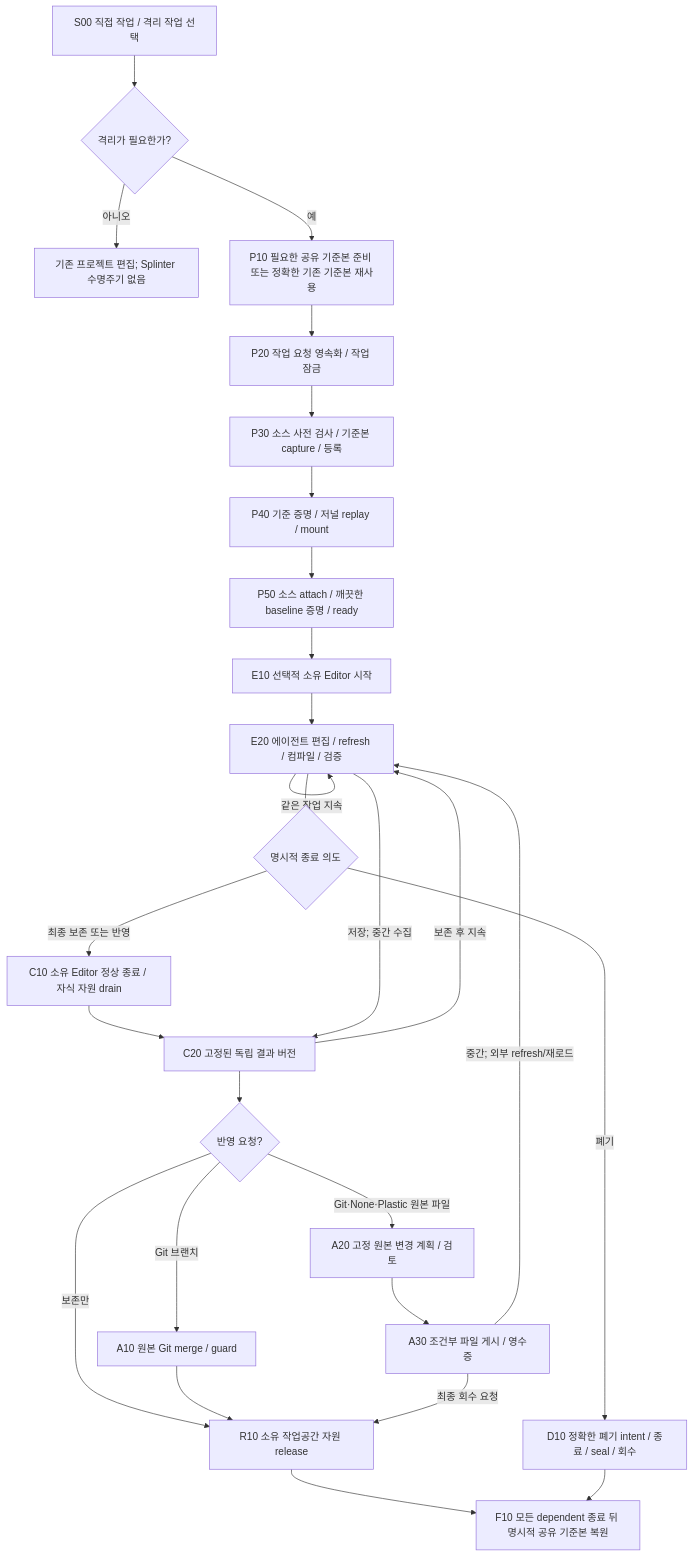
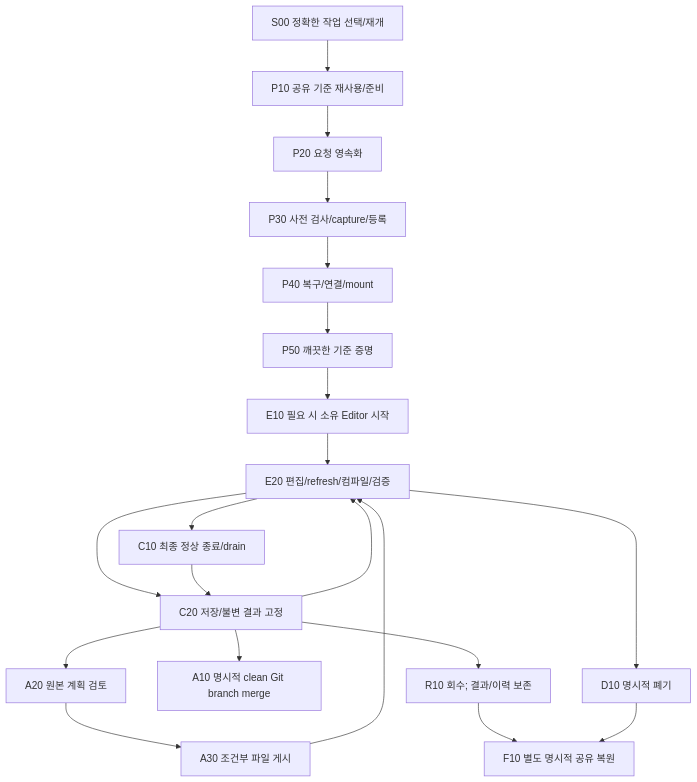
One commit to olivecrow/splinter changed the first of 6 diagrams in docs/ko/lifecycle-optimization-map.md. Above: the diagram before and after it, drawn with Mermaid. The commit also changed other lines of this file and 391 other files, not shown here.

````diff
--- a/docs/ko/lifecycle-optimization-map.md
+++ b/docs/ko/lifecycle-optimization-map.md
@@ -21,29 +25,14 @@
 ```mermaid
 flowchart TD
-  S00["S00 직접 작업 / 격리 작업 선택"] --> Need{"격리가 필요한가?"}
-  Need -->|아니오| Direct["기존 프로젝트 편집; Splinter 수명주기 없음"]
-  Need -->|예| P10["P10 필요한 공유 기준본 준비 또는 정확한 기존 기준본 재사용"]
-  P10 --> P20["P20 작업 요청 영속화 / 작업 잠금"]
-  P20 --> P30["P30 소스 사전 검사 / 기준본 capture / 등록"]
-  P30 --> P40["P40 기준 증명 / 저널 replay / mount"]
-  P40 --> P50["P50 소스 attach / 깨끗한 baseline 증명 / ready"]
-  P50 --> E10["E10 선택적 소유 Editor 시작"]
-  E10 --> E20["E20 에이전트 편집 / refresh / 컴파일 / 검증"]
-  E20 -->|같은 작업 지속| E20
-  E20 --> Finish{"명시적 종료 의도"}
-  Finish -->|최종 보존 또는 반영| C10["C10 소유 Editor 정상 종료 / 자식 자원 drain"]
-  C10 --> C20["C20 고정된 독립 결과 버전"]
-  E20 -->|저장; 중간 수집| C20
-  C20 --> Apply{"반영 요청?"}
-  Apply -->|Git 브랜치| A10["A10 원본 Git merge / guard"]
-  Apply -->|Git·None·Plastic 원본 파일| A20["A20 고정 원본 변경 계획 / 검토"]
-  A20 --> A30["A30 조건부 파일 게시 / 영수증"]
-  Apply -->|보존만| R10["R10 소유 작업공간 자원 release"]
-  A10 --> R10
-  A30 -->|최종 회수 요청| R10
-  A30 -->|중간; 외부 refresh/재로드| E20
-  C20 -->|보존 후 지속| E20
-  Finish -->|폐기| D10["D10 정확한 폐기 intent / 종료 / seal / 회수"]
-  R10 --> F10["F10 모든 dependent 종료 뒤 명시적 공유 기준본 복원"]
-  D10 --> F10
+  S00["S00 정확한 작업 선택/재개"] --> P10["P10 공유 기준 재사용/준비"]
+  P10 --> P20["P20 요청 영속화"] --> P30["P30 사전 검사/capture/등록"]
+  P30 --> P40["P40 복구/연결/mount"] --> P50["P50 깨끗한 기준 증명"]
+  P50 --> E10["E10 필요 시 소유 Editor 시작"] --> E20["E20 편집/refresh/컴파일/검증"]
+  E20 --> C20["C20 저장/불변 결과 고정"]
+  C20 --> A20["A20 원본 계획 검토"] --> A30["A30 조건부 파일 게시"] --> E20
+  C20 --> A10["A10 명시적 clean Git branch merge"]
+  E20 --> C10["C10 최종 정상 종료/drain"] --> C20
+  C20 --> R10["R10 회수; 결과/이력 보존"] --> F10["F10 별도 명시적 공유 복원"]
+  E20 --> D10["D10 명시적 폐기"] --> F10
+  C20 --> E20
 ```
````
